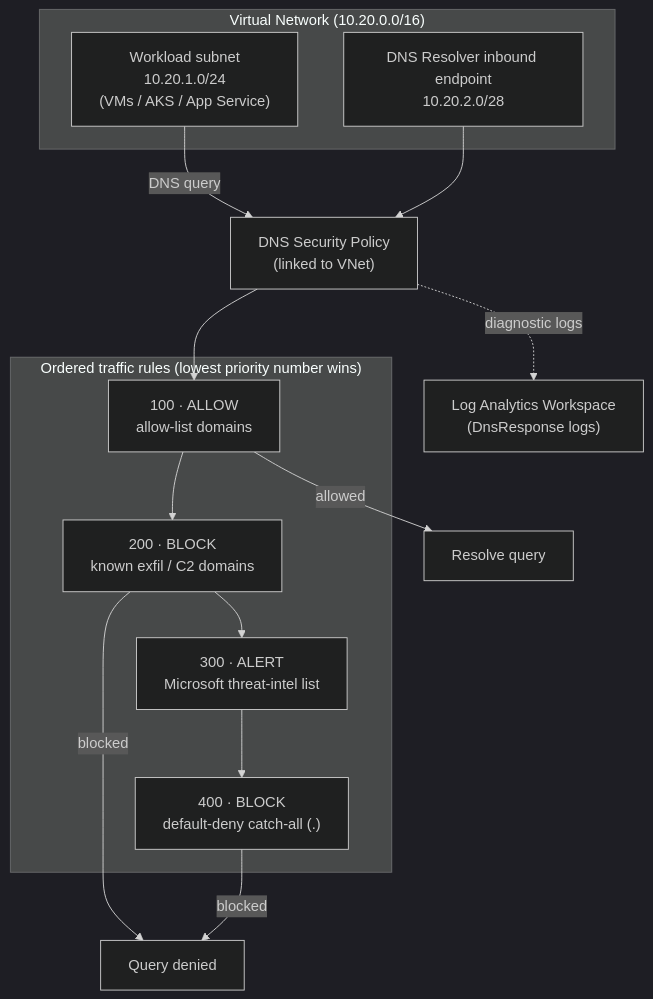
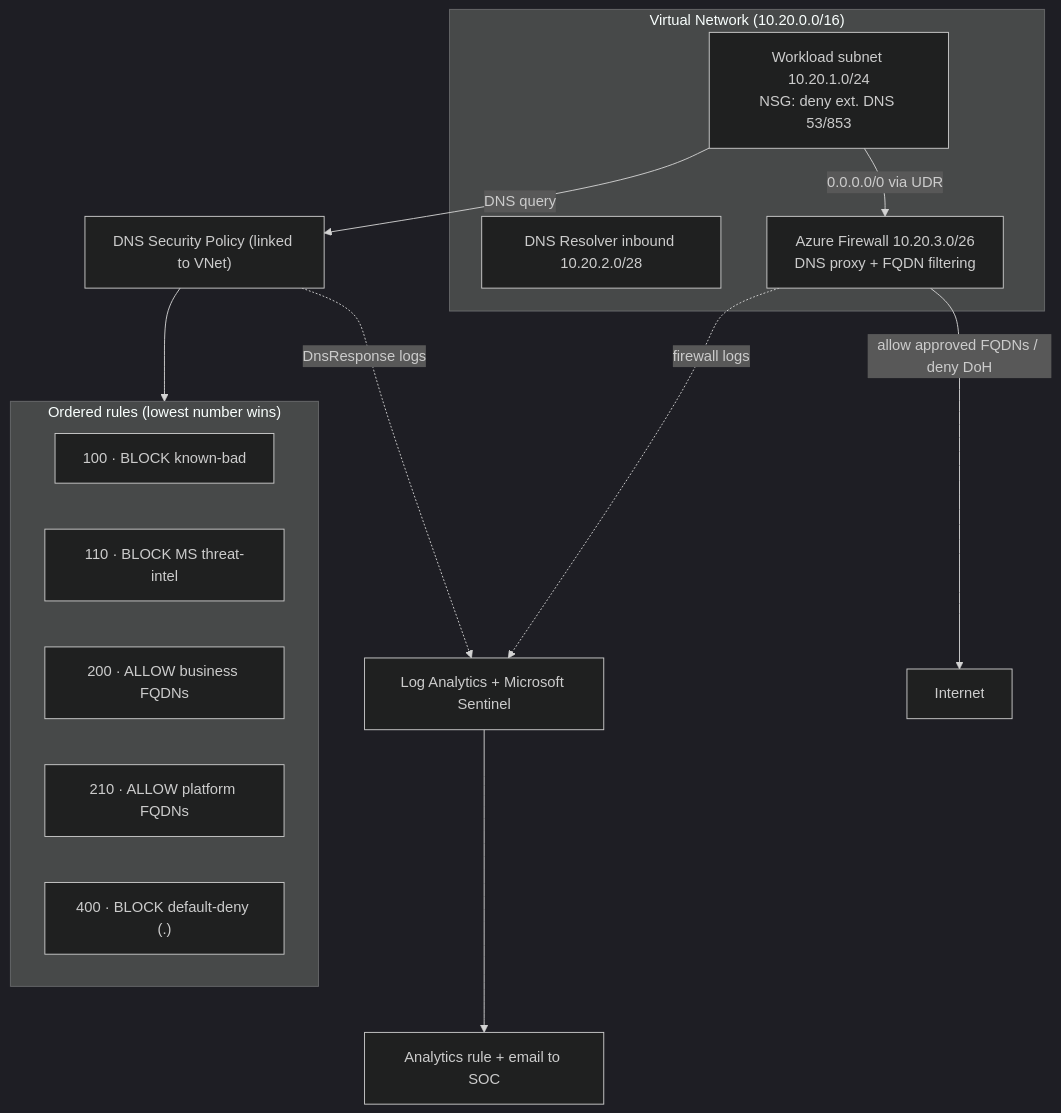
The diagram in docs/architecture.md (mcancillo/azure-dns-security-policy-example), drawn with Mermaid (dark theme) before and after one commit. The commit also changed other lines of this file and 13 other files, not shown here.

````diff
--- a/docs/architecture.md
+++ b/docs/architecture.md
@@ -13,27 +12,28 @@
 ```mermaid
 flowchart TB
     subgraph VNet["Virtual Network (10.20.0.0/16)"]
-        WL["Workload subnet<br/>10.20.1.0/24<br/>(VMs / AKS / App Service)"]
-        RES["DNS Resolver inbound endpoint<br/>10.20.2.0/28"]
+        WL["Workload subnet 10.20.1.0/24<br/>NSG: deny ext. DNS 53/853"]
+        RES["DNS Resolver inbound 10.20.2.0/28"]
+        FW["Azure Firewall 10.20.3.0/26<br/>DNS proxy + FQDN filtering"]
     end
 
-    POL["DNS Security Policy<br/>(linked to VNet)"]
+    POL["DNS Security Policy (linked to VNet)"]
+    LAW["Log Analytics + Microsoft Sentinel"]
 
-    subgraph RULES["Ordered traffic rules (lowest priority number wins)"]
-        R1["100 · ALLOW<br/>allow-list domains"]
-        R2["200 · BLOCK<br/>known exfil / C2 domains"]
-        R3["300 · ALERT<br/>Microsoft threat-intel list"]
-        R4["400 · BLOCK<br/>default-deny catch-all (.)"]
+    WL -->|DNS query| POL
+    WL -->|0.0.0.0/0 via UDR| FW
+    FW -->|allow approved FQDNs / deny DoH| INET["Internet"]
+    POL --> RULES
+
+    subgraph RULES["Ordered rules (lowest number wins)"]
+        R1["100 · BLOCK known-bad"]
+        R2["110 · BLOCK MS threat-intel"]
+        R3["200 · ALLOW business FQDNs"]
+        R4["210 · ALLOW platform FQDNs"]
+        R5["400 · BLOCK default-deny (.)"]
     end
 
-    LAW["Log Analytics Workspace<br/>(DnsResponse logs)"]
-
-    WL -->|DNS query| POL
-    RES --> POL
-    POL --> R1 --> R2 --> R3 --> R4
-    POL -.->|diagnostic logs| LAW
-
-    R1 -->|allowed| RESOLVE["Resolve query"]
-    R2 -->|blocked| DROP["Query denied"]
-    R4 -->|blocked| DROP
+    POL -.->|DnsResponse logs| LAW
+    FW -.->|firewall logs| LAW
+    LAW --> ALERT["Analytics rule + email to SOC"]
 ```
````
